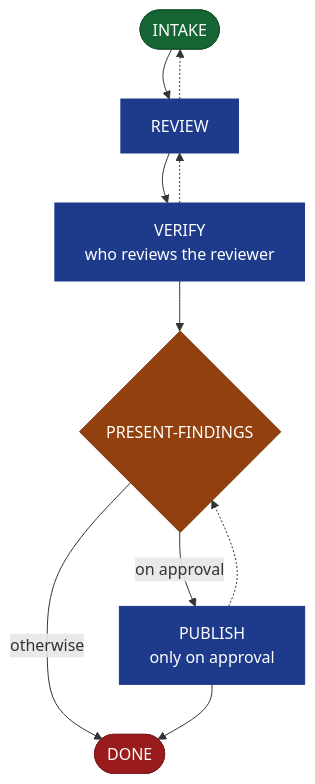
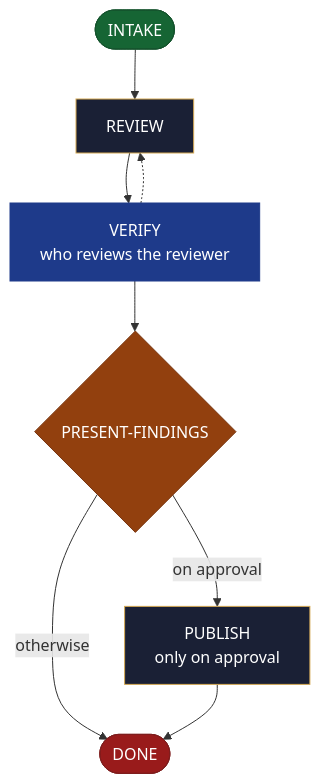
One commit to AndreVianna/aid-methodology changed the diagram in site/src/content/docs/skills/aid-review.md. Above: the diagram before and after it, drawn with Mermaid. The commit also changed other lines of this file and 15 other files, not shown here.

````diff
--- a/site/src/content/docs/skills/aid-review.md
+++ b/site/src/content/docs/skills/aid-review.md
@@ -20,36 +20,34 @@
 ```mermaid
 flowchart TB
   classDef aidNode color:#fff
   classDef aidEntry fill:#166534,stroke:#14532d,color:#fff
   classDef aidExit fill:#991b1b,stroke:#7f1d1d,color:#fff
   classDef aidDecision fill:#92400e,stroke:#78350f,color:#fff
   classDef aidLoopBack fill:#1e3a8a,stroke:#1e3a8a,color:#fff
   classDef aidStep fill:#1a2035,stroke:#d4a853,color:#f1f5f9
   n1(["INTAKE"])
   n2["REVIEW"]
   n3["VERIFY<br/>who reviews the reviewer"]
   n4{"PRESENT-FINDINGS"}
   n5["PUBLISH<br/>only on approval"]
   n6(["DONE"])
   n1 --> n2
-  n2 -.-> n1
   n2 --> n3
   n3 -.-> n2
   n3 --> n4
   n4 -->|"on approval"| n5
   n4 -->|"otherwise"| n6
-  n5 -.-> n4
   n5 --> n6
   class n1 aidEntry
-  class n2 aidLoopBack
+  class n2 aidStep
   class n3 aidLoopBack
   class n4 aidDecision
-  class n5 aidLoopBack
+  class n5 aidStep
   class n6 aidExit
   class n1 aidNode
   class n2 aidNode
   class n3 aidNode
   class n4 aidNode
   class n5 aidNode
   class n6 aidNode
 ```
````
